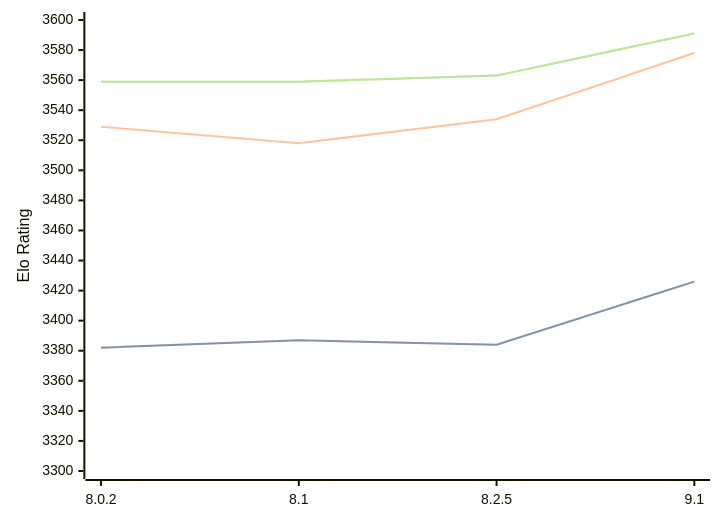
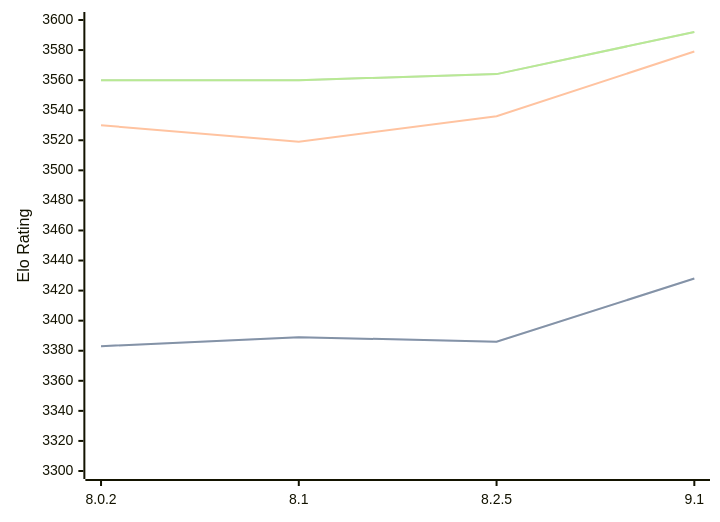
The diagram in engines/Clover.md (computer-chess-index/cci), drawn with Mermaid before and after one commit. The commit also changed other lines of this file, not shown here.

Commit message:
Update CCI Ratings (ELO VLTC) - 2026-05-06

````diff
--- a/engines/Clover.md
+++ b/engines/Clover.md
@@ -64,11 +64,11 @@
 ```mermaid
 %%{init: {"theme":"base","themeVariables":{"seriesColors:['#a3a3a3','#222221','#faa371']}}}%%
 xychart-beta
   x-axis ["8.0.2", "8.1", "8.2.5", "9.1"]
   y-axis "Elo Rating" 3300 --> 3600
-  line "STC (8.0+0.08s)" [3382, 3387, 3384, 3426]
-  line "STC (8.0+0.08s)" [3382, 3387, 3384, 3426]
-  line "LTC (60.0+0.60s)" [3529, 3518, 3534, 3578]
-  line "VLTC (2m24s+1.12s)" [3559, 3559, 3563, 3591]
-  line "VLTC (2m24s+1.12s)" [3559, 3559, 3563, 3591]
+  line "STC (8.0+0.08s)" [3383, 3389, 3386, 3428]
+  line "STC (8.0+0.08s)" [3383, 3389, 3386, 3428]
+  line "LTC (60.0+0.60s)" [3530, 3519, 3536, 3579]
+  line "VLTC (2m24s+1.12s)" [3560, 3560, 3564, 3592]
+  line "VLTC (2m24s+1.12s)" [3560, 3560, 3564, 3592]
 ```
````
